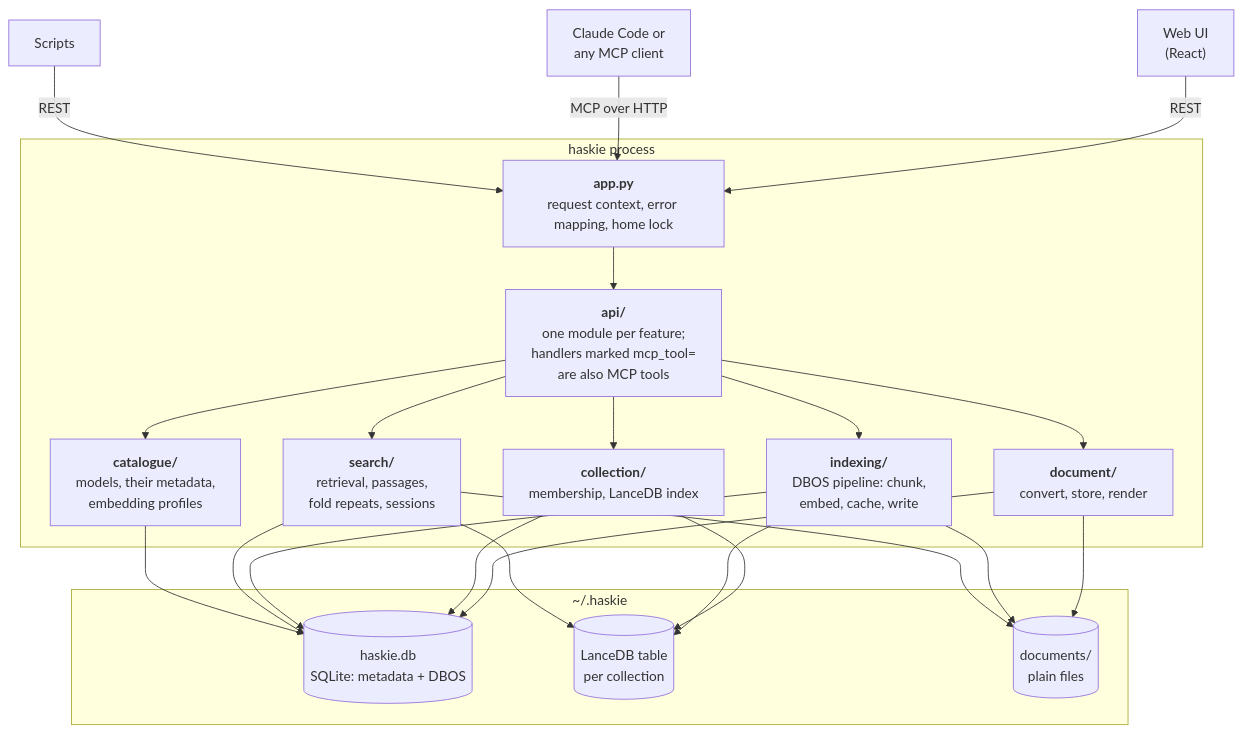
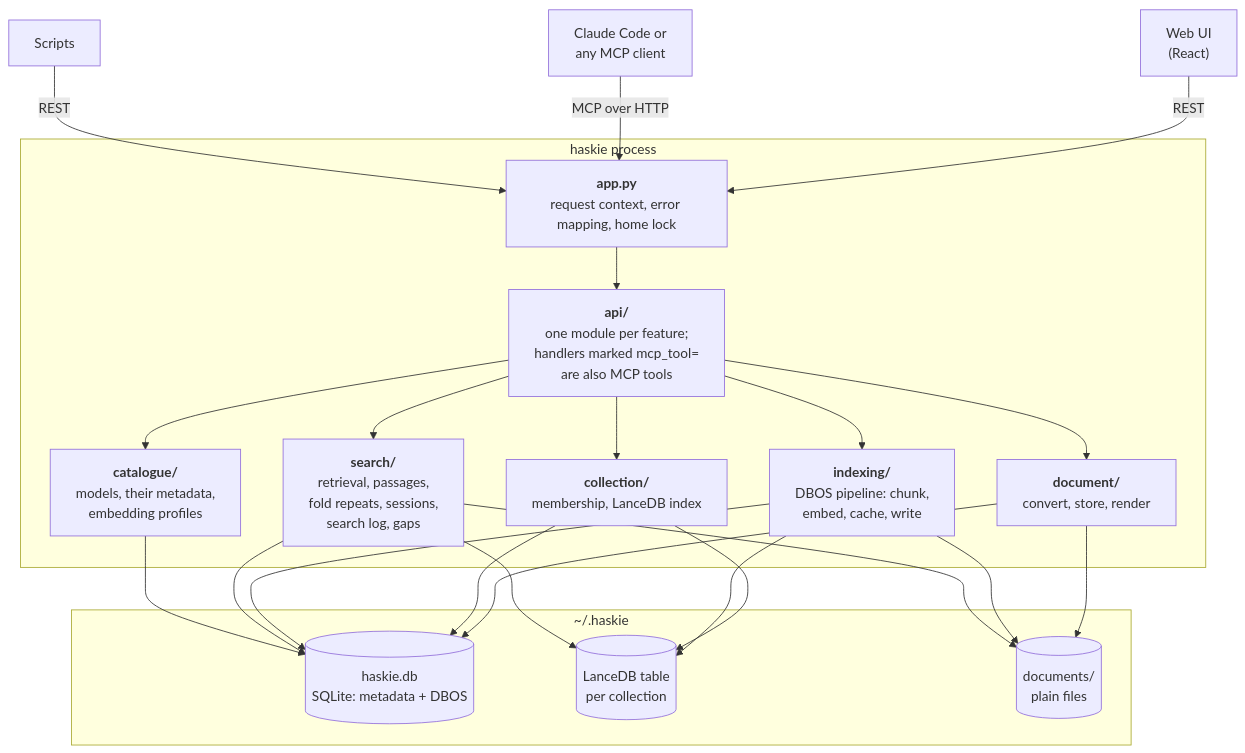
One commit to haskian/haskie changed the first of 2 diagrams in docs/architecture.md. Above: the diagram before and after it, drawn with Mermaid. The commit also changed 74 other files, not shown here.

Commit message:
feat!: Gaps — search log and unanswered questions (#25)

````diff
--- a/docs/architecture.md
+++ b/docs/architecture.md
@@ -6,35 +6,35 @@
 ```mermaid
 flowchart TB
     ui["Web UI<br/>(React)"] -- REST --> app
     agent["Claude Code or<br/>any MCP client"] -- "MCP over HTTP" --> app
     scripts["Scripts"] -- REST --> app
 
     subgraph process["haskie process"]
         app["<b>app.py</b><br/>request context, error mapping, home lock"]
         api["<b>api/</b><br/>one module per feature;<br/>handlers marked mcp_tool=<br/>are also MCP tools"]
         app --> api
         api --> document["<b>document/</b><br/>convert, store, render"]
         api --> collection["<b>collection/</b><br/>membership, LanceDB index"]
-        api --> search["<b>search/</b><br/>retrieval, passages,<br/>fold repeats, sessions"]
+        api --> search["<b>search/</b><br/>retrieval, passages,<br/>fold repeats, sessions,<br/>search log, gaps"]
         api --> indexing["<b>indexing/</b><br/>DBOS pipeline: chunk,<br/>embed, cache, write"]
         api --> catalogue["<b>catalogue/</b><br/>models, their metadata,<br/>embedding profiles"]
     end
 
     subgraph home["~/.haskie"]
         sqlite[("haskie.db<br/>SQLite: metadata + DBOS")]
         lance[("LanceDB table<br/>per collection")]
         files[("documents/<br/>plain files")]
     end
 
     document --> files
     document --> sqlite
     collection --> lance
     collection --> sqlite
     indexing --> sqlite
     indexing --> lance
     indexing --> files
     search --> lance
     search --> sqlite
     search --> files
     catalogue --> sqlite
 ```
````
